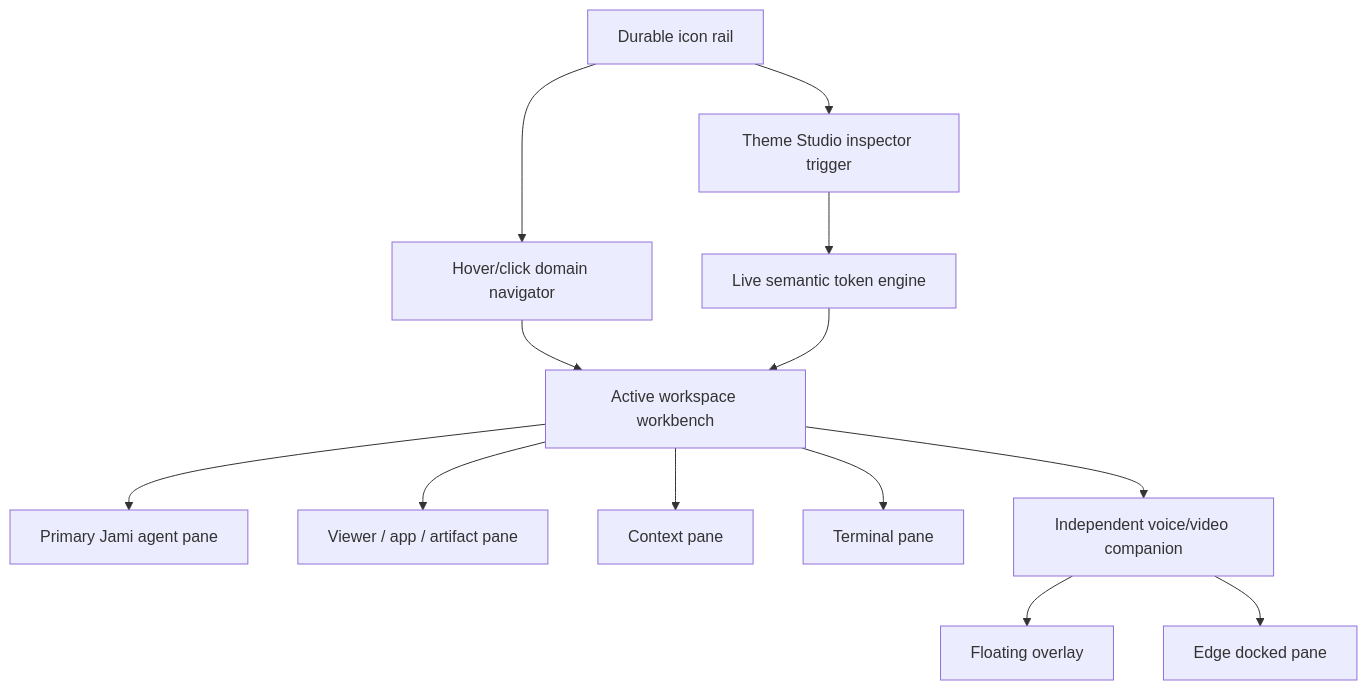
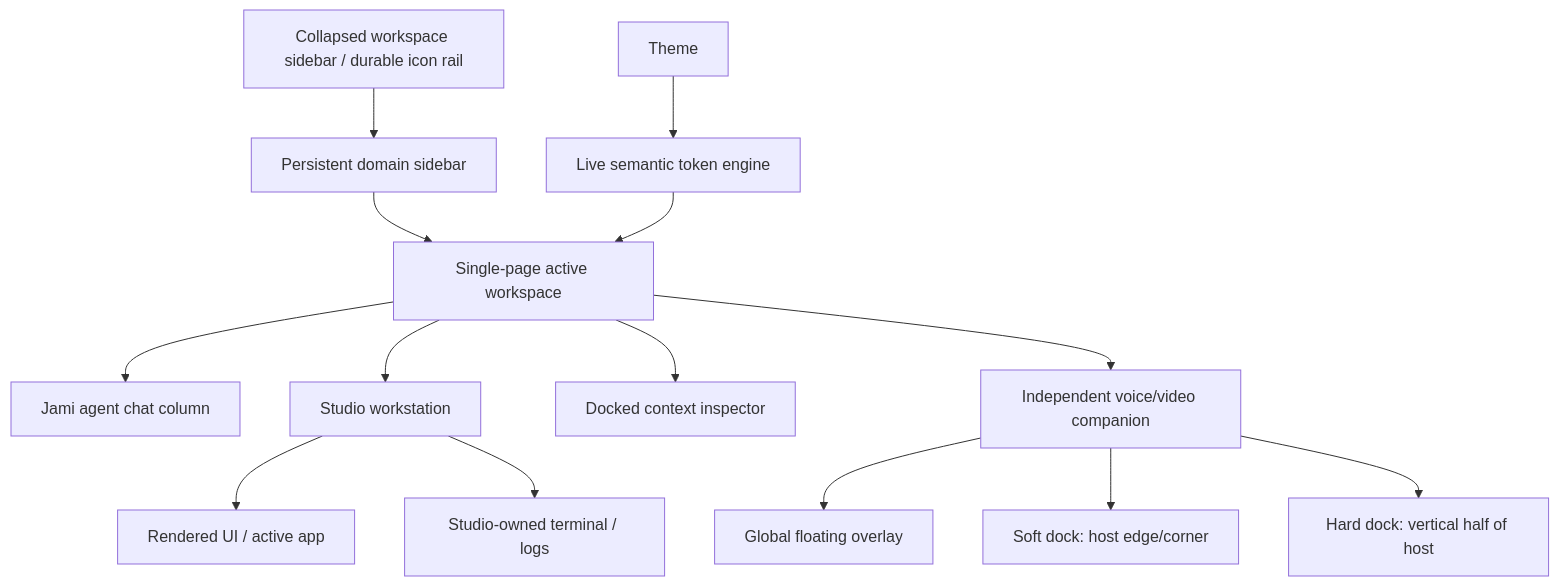
One commit to studio-jami/jami-studio changed the first of 2 diagrams in _ops/planning/roadmaps/workspace/2026-07-18-tokenized-workspace-shell-design-mission.md. Above: the diagram before and after it, drawn with Mermaid. The commit also changed other lines of this file, not shown here.

Commit message:
refactor: enhance workspace shell design with updated sidebar and pane interactions

````diff
--- a/_ops/planning/roadmaps/workspace/2026-07-18-tokenized-workspace-shell-design-mission.md
+++ b/_ops/planning/roadmaps/workspace/2026-07-18-tokenized-workspace-shell-design-mission.md
@@ -67,15 +70,16 @@
 ```mermaid
 flowchart TB
-  Rail[Durable icon rail] --> Nav[Hover/click domain navigator]
-  Rail --> Theme[Theme Studio inspector trigger]
-  Nav --> Workspace[Active workspace workbench]
-  Workspace --> Chat[Primary Jami agent pane]
-  Workspace --> Canvas[Viewer / app / artifact pane]
-  Workspace --> Context[Context pane]
-  Workspace --> Terminal[Terminal pane]
+  Rail[Collapsed workspace sidebar / durable icon rail] --> Nav[Persistent domain sidebar]
+  Nav --> Workspace[Single-page active workspace]
+  Workspace --> Chat[Jami agent chat column]
+  Workspace --> Studio[Studio workstation]
+  Studio --> Canvas[Rendered UI / active app]
+  Studio --> Terminal[Studio-owned terminal / logs]
+  Workspace --> Context[Docked context inspector]
   Workspace --> Voice[Independent voice/video companion]
-  Voice --> Float[Floating overlay]
-  Voice --> Dock[Edge docked pane]
+  Voice --> Float[Global floating overlay]
+  Voice --> Soft[Soft dock: host edge/corner]
+  Voice --> Hard[Hard dock: vertical half of host]
   Theme --> Tokens[Live semantic token engine]
   Tokens --> Workspace
 ```
````
